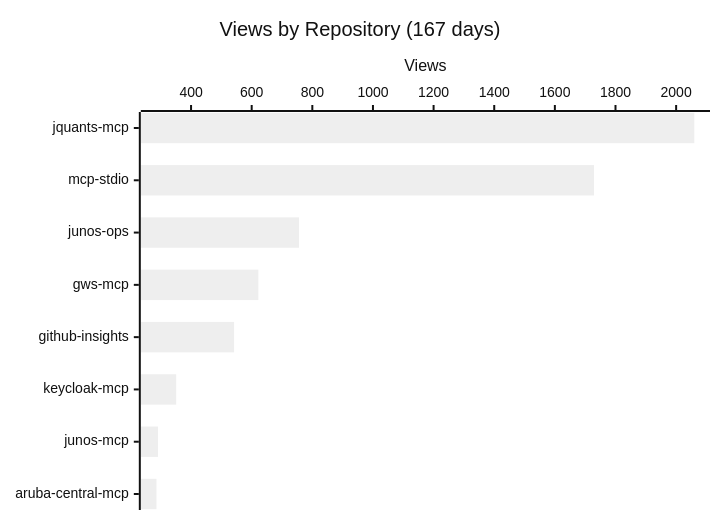
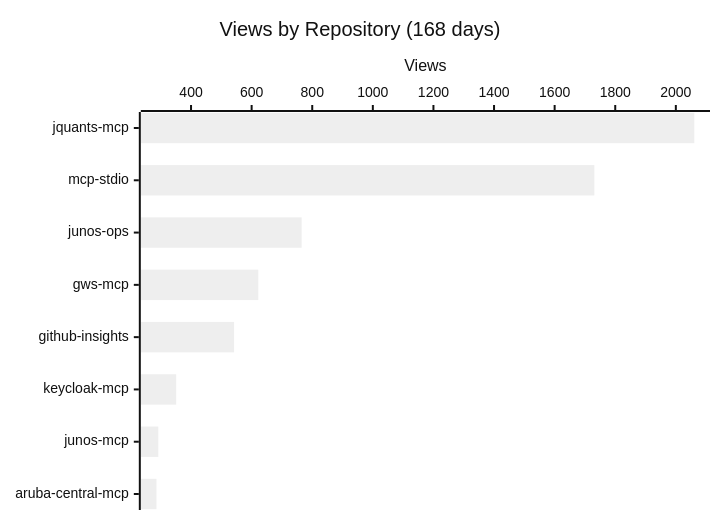
Before and after one commit to shigechika/github-insights: the first of 4 diagrams in README.md, drawn with Mermaid (neutral theme). The commit also changed other lines of this file and 2 other files, not shown here.

````diff
--- a/README.md
+++ b/README.md
@@ -18,7 +18,7 @@
 ```mermaid
 xychart-beta horizontal
-    title "Views by Repository (167 days)"
+    title "Views by Repository (168 days)"
     x-axis ["jquants-mcp", "mcp-stdio", "junos-ops", "gws-mcp", "github-insights", "keycloak-mcp", "junos-mcp", "aruba-central-mcp"]
     y-axis "Views"
-    bar [2060, 1729, 756, 622, 542, 351, 291, 286]
+    bar [2061, 1731, 765, 622, 542, 351, 292, 286]
 ```
````
